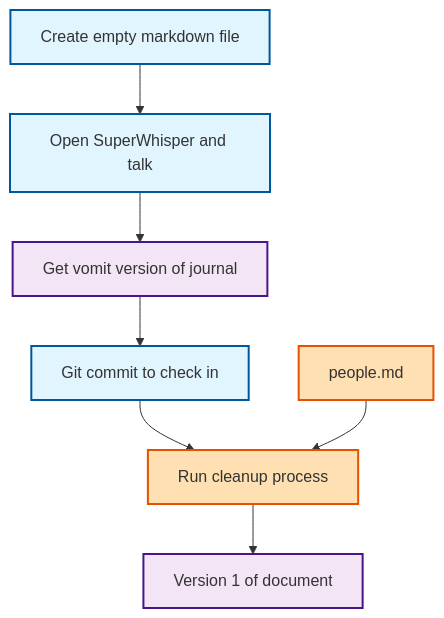
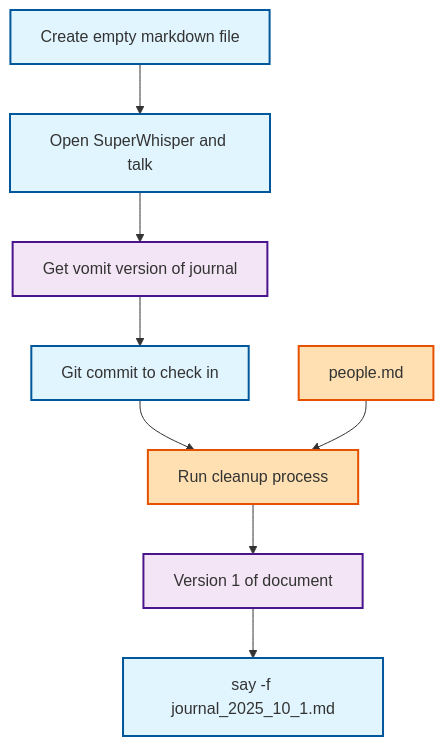
One commit to isidore/AIJournaling changed the second of 2 diagrams in Flowchart_Journaling/journaling_process.md. Above: the diagram before and after it, drawn with Mermaid.

Commit message:
step 5 add say

````diff
--- a/Flowchart_Journaling/journaling_process.md
+++ b/Flowchart_Journaling/journaling_process.md
@@ -16,21 +16,23 @@
 ```mermaid
 graph TD
     Start[Create empty markdown file]:::tools
     Whisper[Open SuperWhisper and talk]:::tools
     Vomit[Get vomit version of journal]:::output
     Commit[Git commit to check in]:::tools
     Cleanup[Run cleanup process]:::processing
     People[people.md]:::processing
     V1[Version 1 of document]:::output
+    Say[say -f journal_2025_10_1.md]:::tools
     
     Start --> Whisper
     Whisper --> Vomit
     Vomit --> Commit
     Commit --> Cleanup
     People --> Cleanup
     Cleanup --> V1
+    V1 --> Say
     
     classDef tools fill:#e1f5ff,stroke:#01579b,stroke-width:2px
     classDef output fill:#f3e5f5,stroke:#4a148c,stroke-width:2px
     classDef processing fill:#ffe0b2,stroke:#e65100,stroke-width:2px
 ```
````
